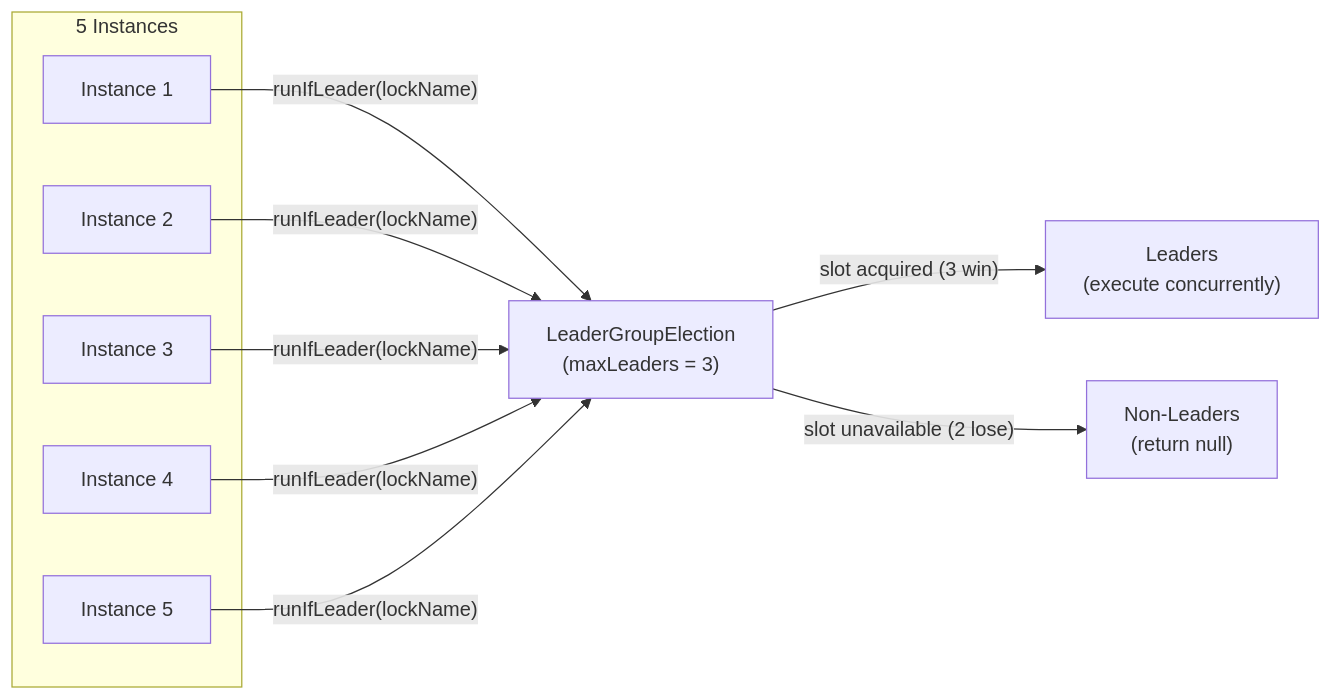
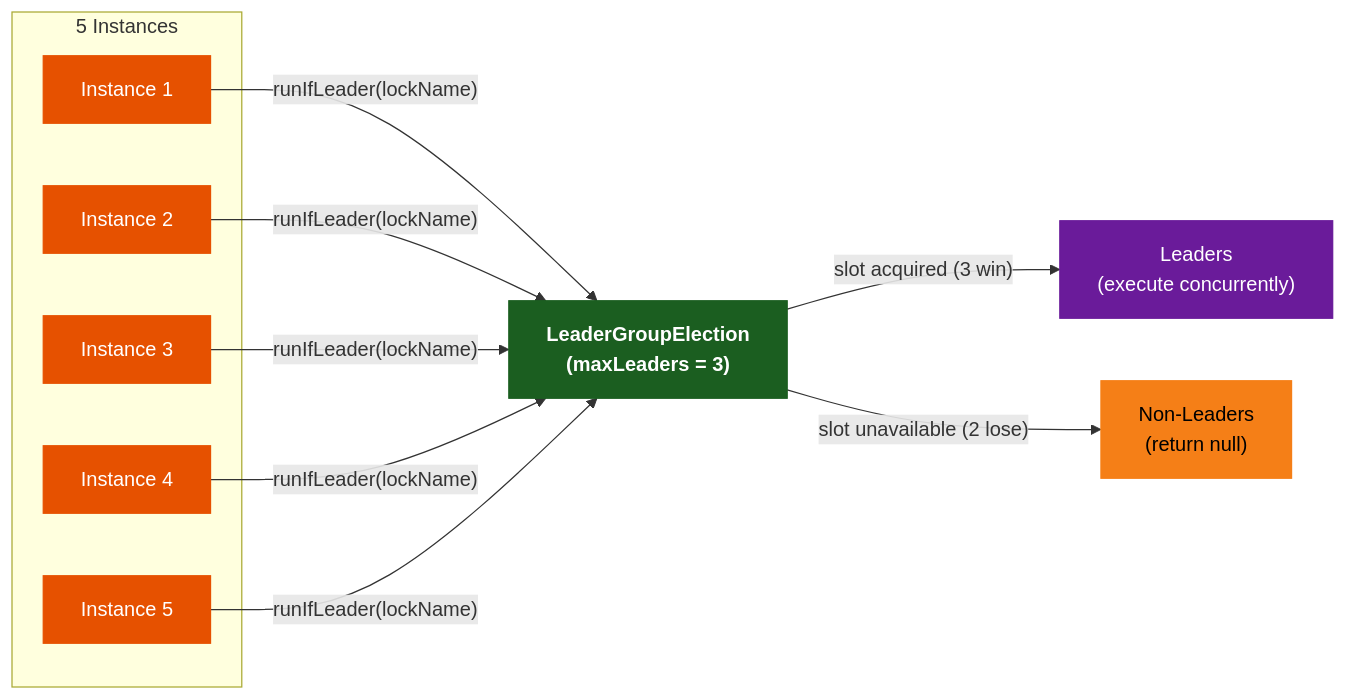
Before and after one commit to bluetape4k/bluetape4k-projects: the second of 5 diagrams in utils/leader/README.md, drawn with Mermaid. The commit also changed other lines of this file and 221 other files, not shown here.

First line of the commit message:
docs: 전체 모듈 README UML 다이어그램 보강 및 색상 업그레이드

````diff
--- a/utils/leader/README.md
+++ b/utils/leader/README.md
@@ -53,11 +65,22 @@
 ```mermaid
 flowchart LR
     subgraph Instances["5 Instances"]
         I1["Instance 1"] & I2["Instance 2"] & I3["Instance 3"] & I4["Instance 4"] & I5["Instance 5"]
     end
 
     I1 & I2 & I3 & I4 & I5 -->|"runIfLeader(lockName)"| GE["LeaderGroupElection\n(maxLeaders = 3)"]
 
     GE -->|"slot acquired (3 win)"| L["Leaders\n(execute concurrently)"]
     GE -->|"slot unavailable (2 lose)"| S["Non-Leaders\n(return null)"]
+
+    classDef coreStyle fill:#1B5E20,stroke:#1B5E20,color:#FFFFFF,font-weight:bold
+    classDef serviceStyle fill:#1565C0,stroke:#1565C0,color:#FFFFFF
+    classDef utilStyle fill:#E65100,stroke:#E65100,color:#FFFFFF
+    classDef asyncStyle fill:#6A1B9A,stroke:#6A1B9A,color:#FFFFFF
+    classDef dataStyle fill:#F57F17,stroke:#F57F17,color:#000000
+
+    class I1,I2,I3,I4,I5 utilStyle
+    class GE coreStyle
+    class L asyncStyle
+    class S dataStyle
 ```
````
